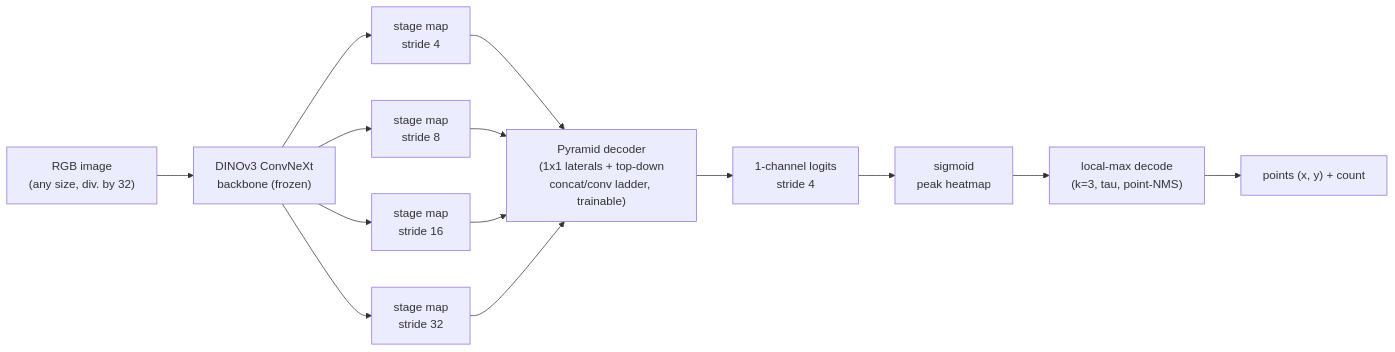
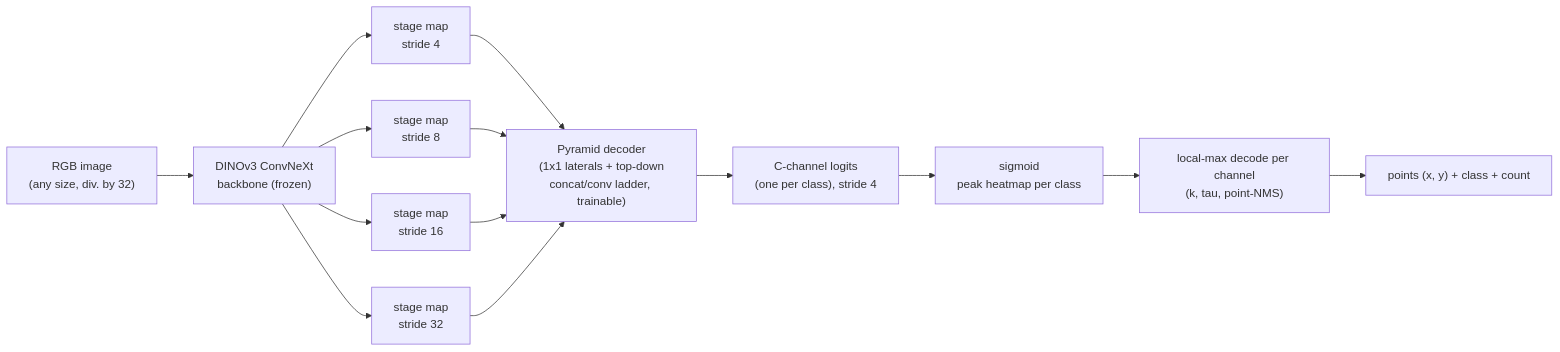
One commit to InsightML/crop-counter changed the diagram in README.md. Above: the diagram before and after it, drawn with Mermaid. The commit also changed other lines of this file and 4 other files, not shown here.

````diff
--- a/README.md
+++ b/README.md
@@ -39,13 +41,13 @@
 ```mermaid
 flowchart LR
     A["RGB image<br/>(any size, div. by 32)"] --> B["DINOv3 ConvNeXt<br/>backbone (frozen)"]
     B --> C1["stage map<br/>stride 4"]
     B --> C2["stage map<br/>stride 8"]
     B --> C3["stage map<br/>stride 16"]
     B --> C4["stage map<br/>stride 32"]
     C1 & C2 & C3 & C4 --> D["Pyramid decoder<br/>(1x1 laterals + top-down<br/>concat/conv ladder, trainable)"]
-    D --> E["1-channel logits<br/>stride 4"]
-    E --> F["sigmoid<br/>peak heatmap"]
-    F --> G["local-max decode<br/>(k=3, tau, point-NMS)"]
-    G --> H["points (x, y) + count"]
+    D --> E["C-channel logits<br/>(one per class), stride 4"]
+    E --> F["sigmoid<br/>peak heatmap per class"]
+    F --> G["local-max decode per channel<br/>(k, tau, point-NMS)"]
+    G --> H["points (x, y) + class + count"]
 ```
````
